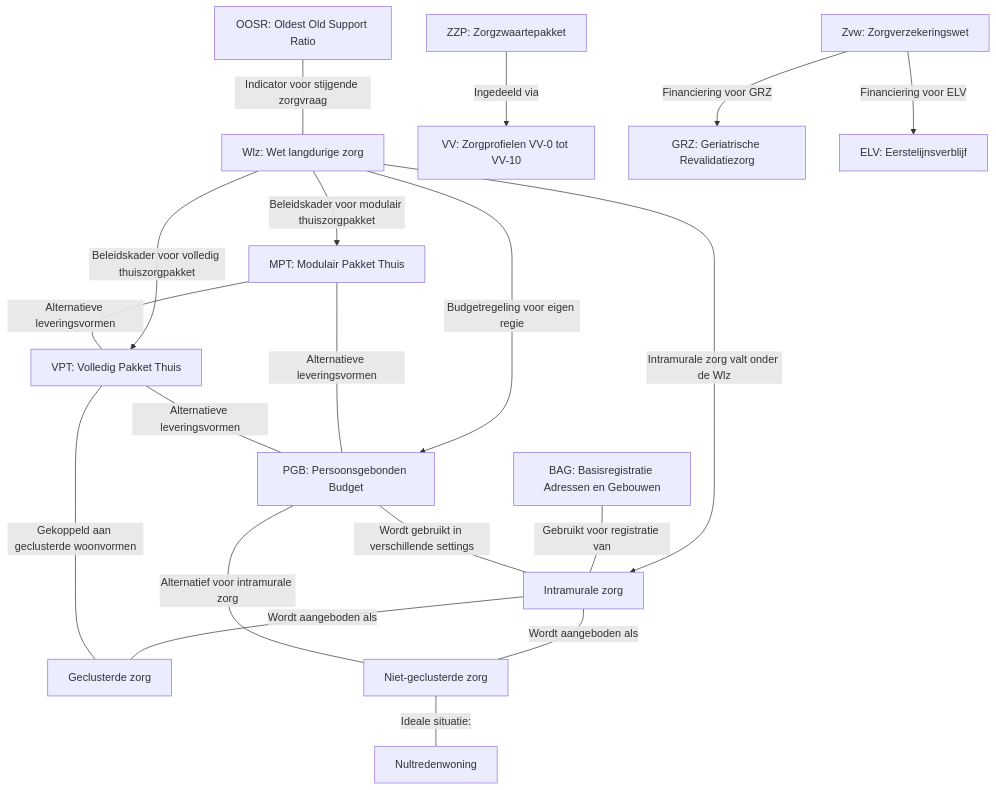
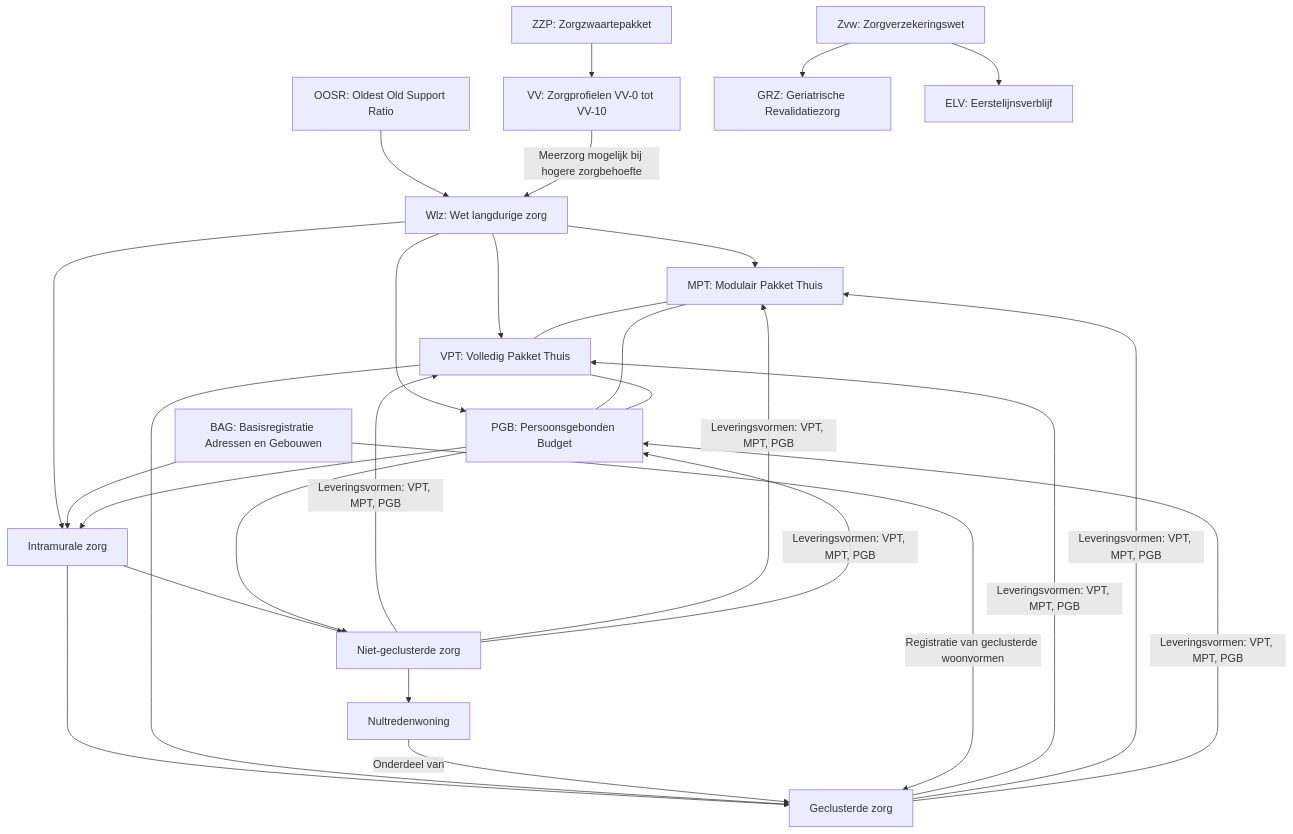
One commit to datadrivendecisions/project-logistics-for-healthy-healthcare changed the diagram in begrippenlijst.md. Above: the diagram before and after it, drawn with Mermaid. The commit also changed 5 other files, not shown here.

````diff
--- a/begrippenlijst.md
+++ b/begrippenlijst.md
@@ -65,50 +65,50 @@
 ```mermaid
 flowchart TB
-    %% Nodes definitie
+    %% Bestaande knooppunten
     W[Wlz: Wet langdurige zorg]
     M[MPT: Modulair Pakket Thuis]
     V[VPT: Volledig Pakket Thuis]
     P[PGB: Persoonsgebonden Budget]
     I[Intramurale zorg]
-
     GC[Geclusterde zorg]
     NGC[Niet-geclusterde zorg]
     NZ[Nultredenwoning]
-
     ZZ[ZZP: Zorgzwaartepakket]
     VV[VV: Zorgprofielen VV-0 tot VV-10]
-
     O[OOSR: Oldest Old Support Ratio]
     B[BAG: Basisregistratie Adressen en Gebouwen]
-
     Z[Zvw: Zorgverzekeringswet]
     GR[GRZ: Geriatrische Revalidatiezorg]
     EL[ELV: Eerstelijnsverblijf]
 
-    %% Relaties tussen de nodes met labels op de edges
-    W -->|Beleidskader voor modulair thuiszorgpakket| M
-    W -->|Beleidskader voor volledig thuiszorgpakket| V
-    W -->|Budgetregeling voor eigen regie| P
-    W -->|Intramurale zorg valt onder de Wlz| I
+    %% Bestaande relaties
+    W --> M
+    W --> V
+    W --> P
+    W --> I
+    M --- V
+    M --- P
+    V --- P
+    I --> GC
+    I --> NGC
+    NGC --> NZ
+    ZZ --> VV
+    O --> W
+    B --> I
+    Z --> GR
+    Z --> EL
+    V --> GC
+    P --> I
+    P --> NGC
 
-    M ---|Alternatieve leveringsvormen| V
-    M ---|Alternatieve leveringsvormen| P
-    V ---|Alternatieve leveringsvormen| P
-
-    I ---|Wordt aangeboden als| GC
-    I ---|Wordt aangeboden als| NGC
-    NGC ---|Ideale situatie:| NZ
-
-    ZZ -->|Ingedeeld via| VV
-
-    O ---|Indicator voor stijgende zorgvraag| W
-
-    B ---|Gebruikt voor registratie van| I
-
-    Z -->|Financiering voor GRZ| GR
-    Z -->|Financiering voor ELV| EL
-
-    V ---|Gekoppeld aan geclusterde woonvormen| GC
-    P ---|Wordt gebruikt in verschillende settings| I
-    P ---|Alternatief voor intramurale zorg| NGC
+    %% Nieuwe relaties
+    GC -->|Leveringsvormen: VPT, MPT, PGB| V
+    GC -->|Leveringsvormen: VPT, MPT, PGB| M
+    GC -->|Leveringsvormen: VPT, MPT, PGB| P
+    NGC -->|Leveringsvormen: VPT, MPT, PGB| V
+    NGC -->|Leveringsvormen: VPT, MPT, PGB| M
+    NGC -->|Leveringsvormen: VPT, MPT, PGB| P
+    NZ -->|Onderdeel van| GC
+    VV -->|Meerzorg mogelijk bij hogere zorgbehoefte| W
+    B -->|Registratie van geclusterde woonvormen| GC
 ```
````
